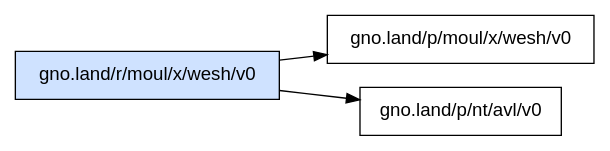
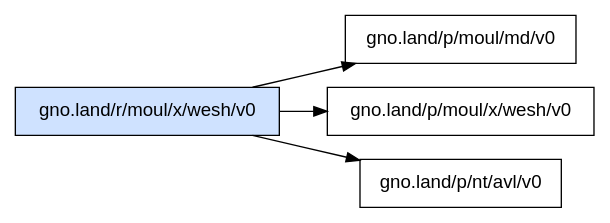
The diagram in _assets/gno.land/r/moul/x/wesh/v0/deps.dot (moul/gno-contracts), drawn with Graphviz before and after one commit. The commit also changed 22 other files, not shown here.

Commit message:
chore: regenerate catalog, graphs and on-chain status [skip ci]

```diff
--- a/_assets/gno.land/r/moul/x/wesh/v0/deps.dot
+++ b/_assets/gno.land/r/moul/x/wesh/v0/deps.dot
@@ -1,7 +1,8 @@
 digraph deps {
   rankdir=LR;
   node [shape=box, fontname="sans-serif"];
   "gno.land/r/moul/x/wesh/v0" [style=filled, fillcolor="#cfe2ff"];
+  "gno.land/r/moul/x/wesh/v0" -> "gno.land/p/moul/md/v0";
   "gno.land/r/moul/x/wesh/v0" -> "gno.land/p/moul/x/wesh/v0";
   "gno.land/r/moul/x/wesh/v0" -> "gno.land/p/nt/avl/v0";
 }
```
